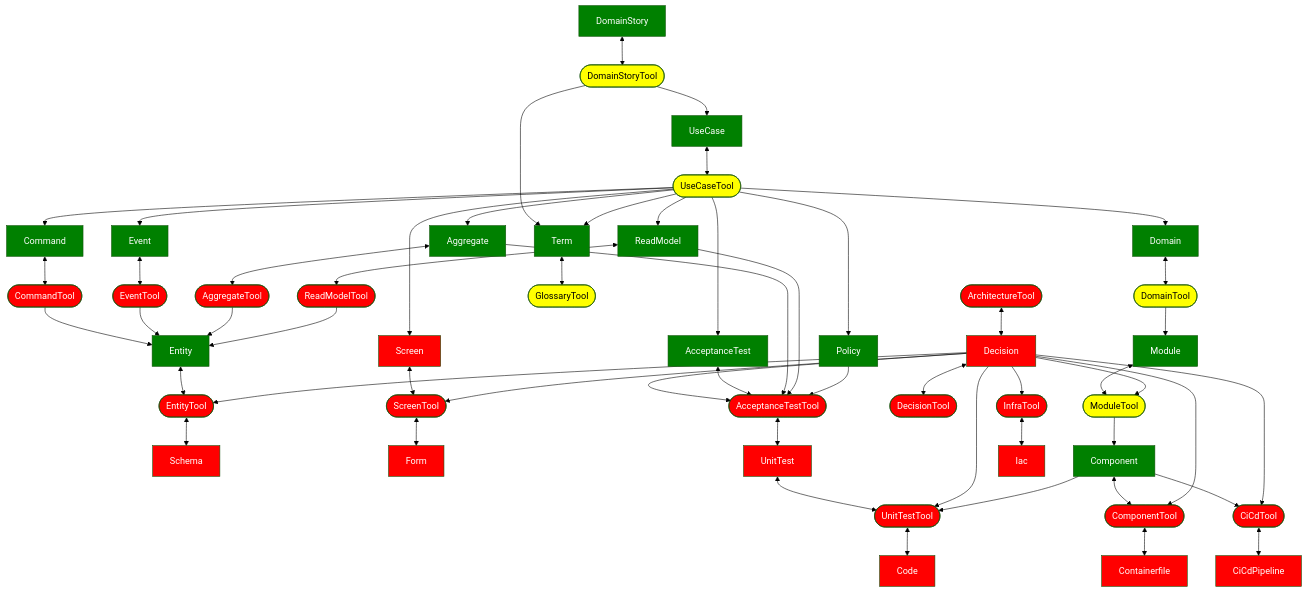
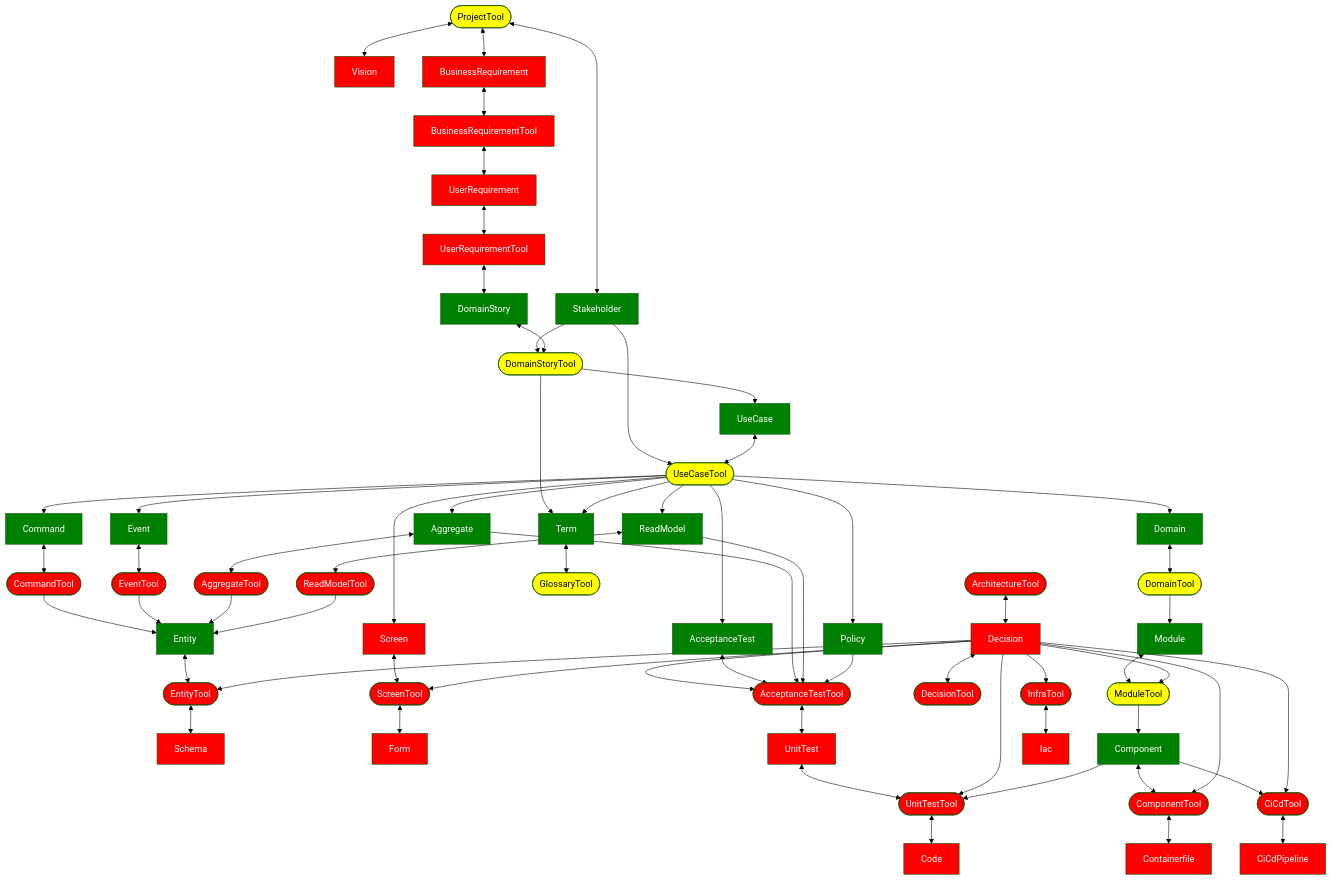
One commit to setms/sew changed the second of 2 diagrams in swe/src/main/ideas/tools.md. Above: the diagram before and after it, drawn with Mermaid (forest theme). The commit also changed 12 other files, not shown here.

Commit message:
StakeholdersTool.java => ProjectTool

````diff
--- a/swe/src/main/ideas/tools.md
+++ b/swe/src/main/ideas/tools.md
@@ -69,7 +69,17 @@
     ArchitectureTool([ArchitectureTool])
     ScreenTool([ScreenTool])
     InfraTool([InfraTool])
+    ProjectTool([ProjectTool])
     
+    ProjectTool <--> Vision
+    ProjectTool <--> BusinessRequirement
+    BusinessRequirement <--> BusinessRequirementTool
+    BusinessRequirementTool <--> UserRequirement
+    UserRequirement <--> UserRequirementTool
+    UserRequirementTool <--> DomainStory
+    ProjectTool <--> Stakeholder
+    Stakeholder --> DomainStoryTool
+    Stakeholder --> UseCaseTool
     DomainStory <--> DomainStoryTool
     DomainStoryTool --> UseCase
     UseCase <--> UseCaseTool
@@ -164,4 +174,11 @@
     class Form todo;
     class InfraTool todo;
     class Iac todo;
+    class Stakeholder done;
+    class ProjectTool wip;
+    class Vision todo;
+    class BusinessRequirement todo;
+    class BusinessRequirementTool todo;
+    class UserRequirement todo;
+    class UserRequirementTool todo;
 ```
````
